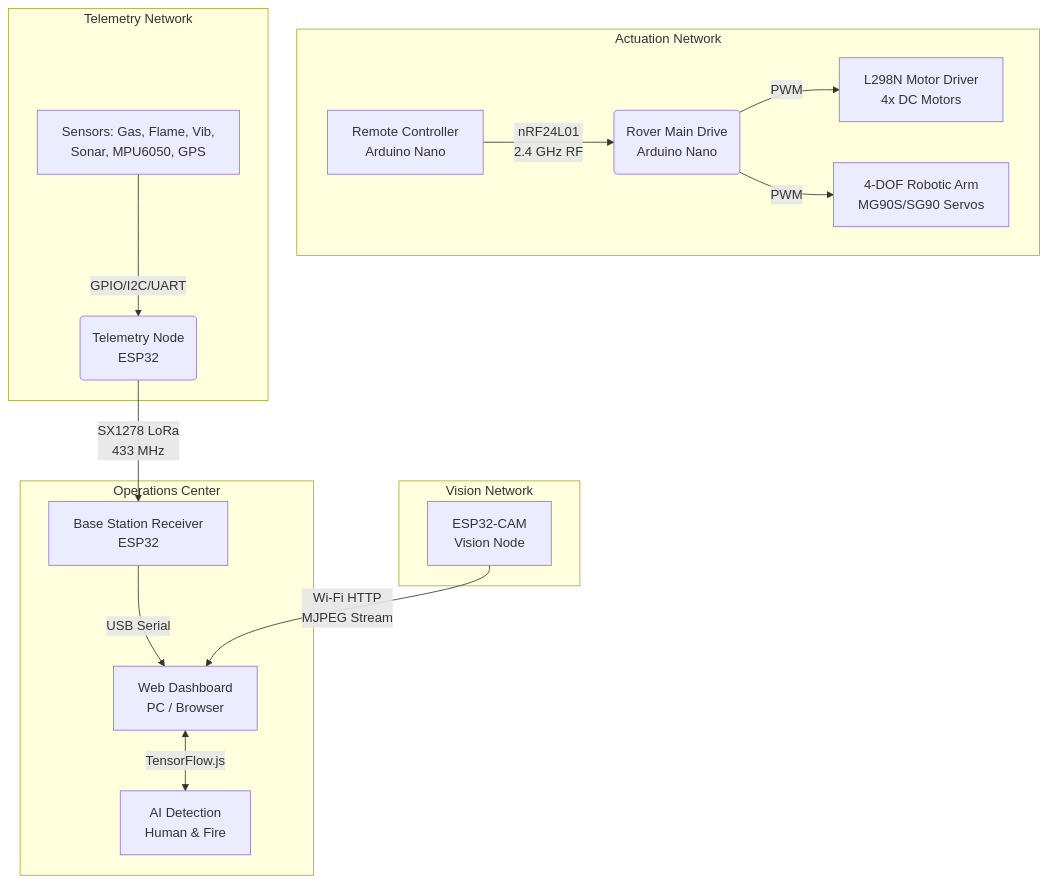
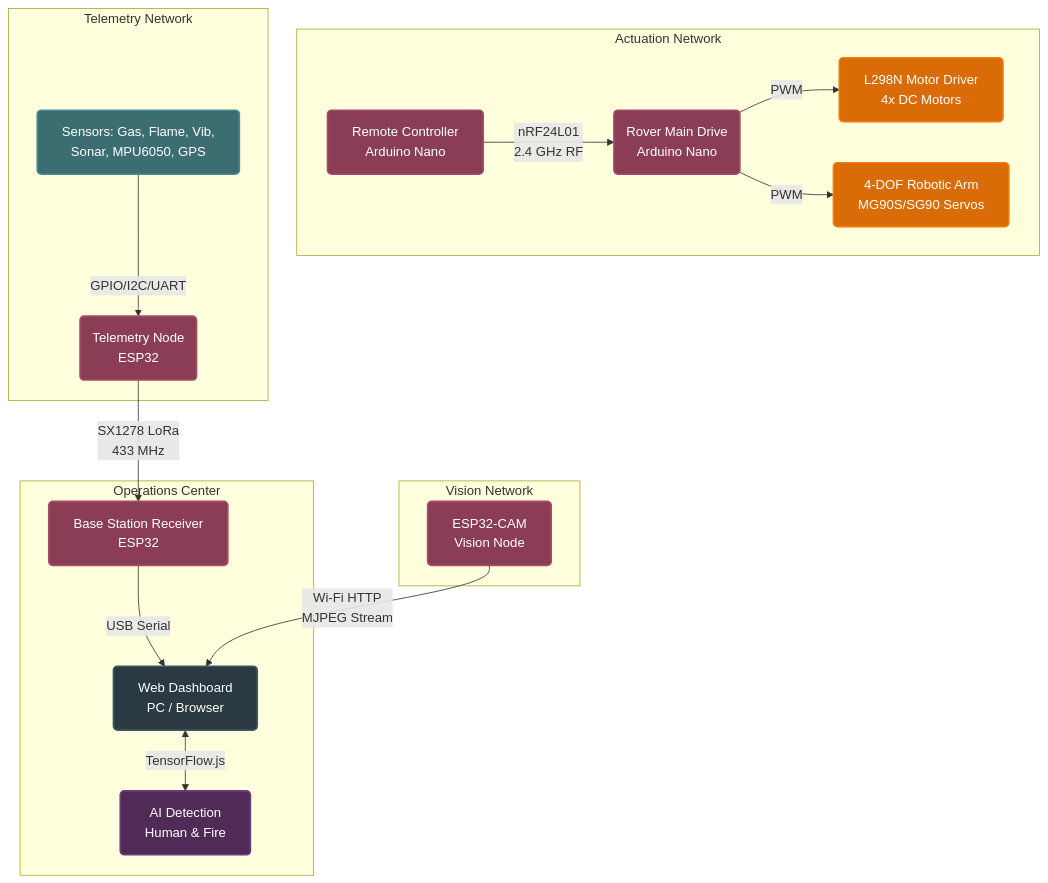
Before and after one commit to Prolayjit-B14/RescueBOT: the diagram in README.md, drawn with Mermaid. The commit also changed other lines of this file, not shown here.

Commit message:
Add Live Demo Vercel link to README

````diff
--- a/README.md
+++ b/README.md
@@ -77,22 +81,30 @@
 ```mermaid
 graph TD
+    %% Define Styles
+    classDef ui fill:#2b3a42,stroke:#3f5765,stroke-width:2px,color:#fff,rx:5px,ry:5px;
+    classDef mcu fill:#8b3d56,stroke:#a64b68,stroke-width:2px,color:#fff,rx:5px,ry:5px;
+    classDef sensor fill:#3c6e71,stroke:#4b8a8e,stroke-width:2px,color:#fff,rx:5px,ry:5px;
+    classDef actuator fill:#d96c06,stroke:#f27b08,stroke-width:2px,color:#fff,rx:5px,ry:5px;
+    classDef ai fill:#512b58,stroke:#6f3b79,stroke-width:2px,color:#fff,rx:5px,ry:5px;
+
+    %% Subgraphs
     subgraph Operations Center
-        F[Base Station Receiver<br>ESP32] -->|USB Serial| H[Web Dashboard<br>PC / Browser]
-        H <-->|TensorFlow.js| I[AI Detection<br>Human & Fire]
+        F[Base Station Receiver<br>ESP32]:::mcu -->|USB Serial| H[Web Dashboard<br>PC / Browser]:::ui
+        H <-->|TensorFlow.js| I[AI Detection<br>Human & Fire]:::ai
     end
 
     subgraph Actuation Network
-        A[Remote Controller<br>Arduino Nano] -->|nRF24L01<br>2.4 GHz RF| B(Rover Main Drive<br>Arduino Nano)
-        B -->|PWM| C[L298N Motor Driver<br>4x DC Motors]
-        B -->|PWM| S[4-DOF Robotic Arm<br>MG90S/SG90 Servos]
+        A[Remote Controller<br>Arduino Nano]:::mcu -->|nRF24L01<br>2.4 GHz RF| B(Rover Main Drive<br>Arduino Nano):::mcu
+        B -->|PWM| C[L298N Motor Driver<br>4x DC Motors]:::actuator
+        B -->|PWM| S[4-DOF Robotic Arm<br>MG90S/SG90 Servos]:::actuator
     end
     
     subgraph Telemetry Network
-        D[Sensors: Gas, Flame, Vib,<br>Sonar, MPU6050, GPS] -->|GPIO/I2C/UART| E(Telemetry Node<br>ESP32)
+        D[Sensors: Gas, Flame, Vib,<br>Sonar, MPU6050, GPS]:::sensor -->|GPIO/I2C/UART| E(Telemetry Node<br>ESP32):::mcu
         E -->|SX1278 LoRa<br>433 MHz| F
     end
     
     subgraph Vision Network
-        G[ESP32-CAM<br>Vision Node] -->|Wi-Fi HTTP<br>MJPEG Stream| H
+        G[ESP32-CAM<br>Vision Node]:::mcu -->|Wi-Fi HTTP<br>MJPEG Stream| H
     end
 ```
````
